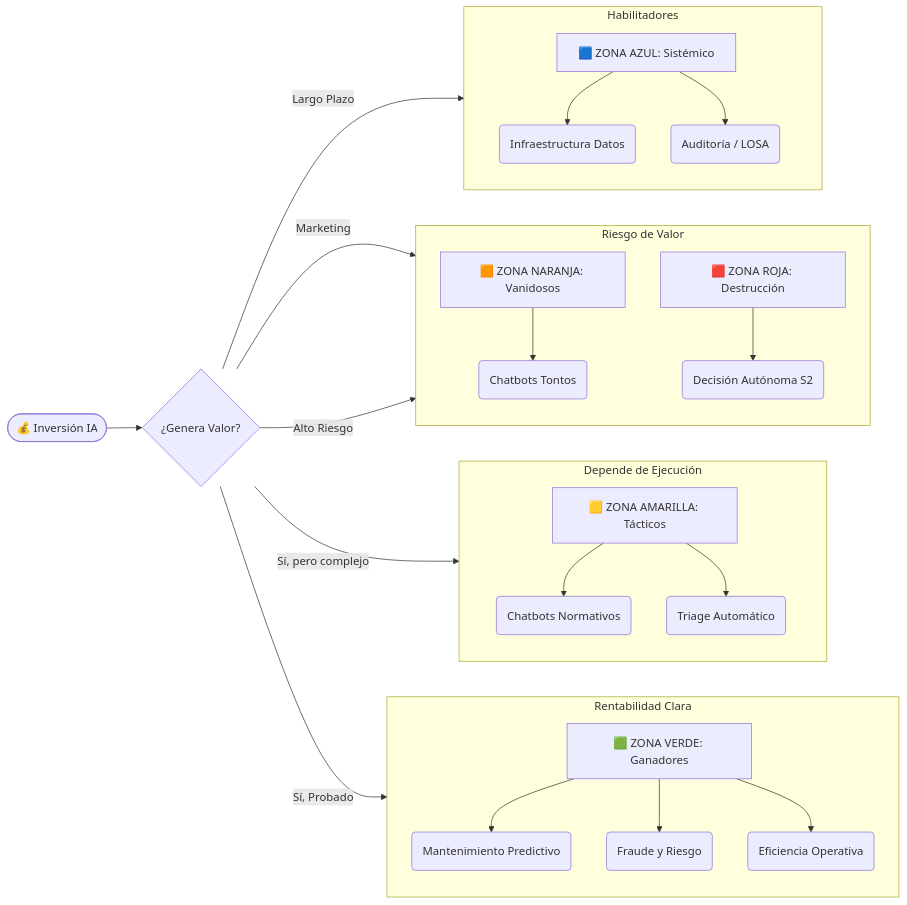
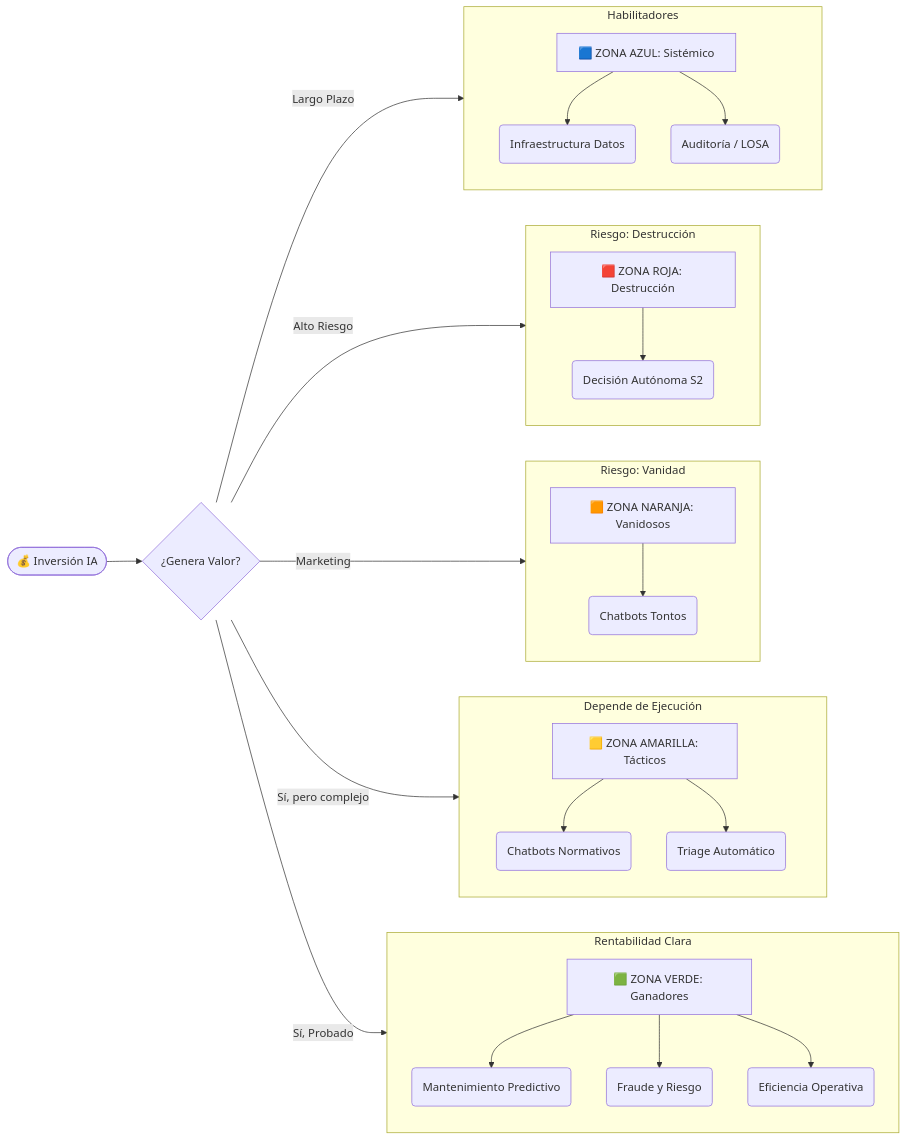
The diagram in docs/guias/12-ROI-Financiero.md (jccarvajal/Arquitectura-IA), drawn with Mermaid before and after one commit.

````diff
--- a/docs/guias/12-ROI-Financiero.md
+++ b/docs/guias/12-ROI-Financiero.md
@@ -15,46 +15,43 @@
 ```mermaid
 graph LR
     Invest([💰 Inversión IA]) --> Evaluacion{¿Genera Valor?}
 
     %% ZONA VERDE
     Evaluacion -->|Sí, Probado| Green[🟩 ZONA VERDE: Ganadores]
     subgraph Z_Green [Rentabilidad Clara]
         direction TB
         Green --> G1(Mantenimiento Predictivo)
         Green --> G2(Fraude y Riesgo)
         Green --> G3(Eficiencia Operativa)
     end
 
     %% ZONA AMARILLA
     Evaluacion -->|Sí, pero complejo| Yellow[🟨 ZONA AMARILLA: Tácticos]
     subgraph Z_Yellow [Depende de Ejecución]
         direction TB
         Yellow --> Y1(Chatbots Normativos)
         Yellow --> Y2(Triage Automático)
     end
 
-    %% ZONA NARANJA Y ROJA
+    %% ZONA NARANJA
     Evaluacion -->|Marketing| Orange[🟧 ZONA NARANJA: Vanidosos]
-    Evaluacion -->|Alto Riesgo| Red[🟥 ZONA ROJA: Destrucción]
-
-    subgraph Z_Risk [Riesgo de Valor]
+    subgraph Z_Orange [Riesgo: Vanidad]
         direction TB
         Orange --> O1(Chatbots Tontos)
+    end
+
+    %% ZONA ROJA
+    Evaluacion -->|Alto Riesgo| Red[🟥 ZONA ROJA: Destrucción]
+    subgraph Z_Red [Riesgo: Destrucción]
+        direction TB
         Red --> R1(Decisión Autónoma S2)
     end
 
     %% ZONA AZUL
     Evaluacion -->|Largo Plazo| Blue[🟦 ZONA AZUL: Sistémico]
     subgraph Z_Blue [Habilitadores]
         direction TB
         Blue --> B1(Infraestructura Datos)
         Blue --> B2(Auditoría / LOSA)
     end
-
-    class Green,G1,G2,G3 green;
-    class Yellow,Y1,Y2 yellow;
-    class Orange,O1 orange;
-    class Red,R1 red;
-    class Blue,B1,B2 blue;
-    class Invest base;
 ```
````
